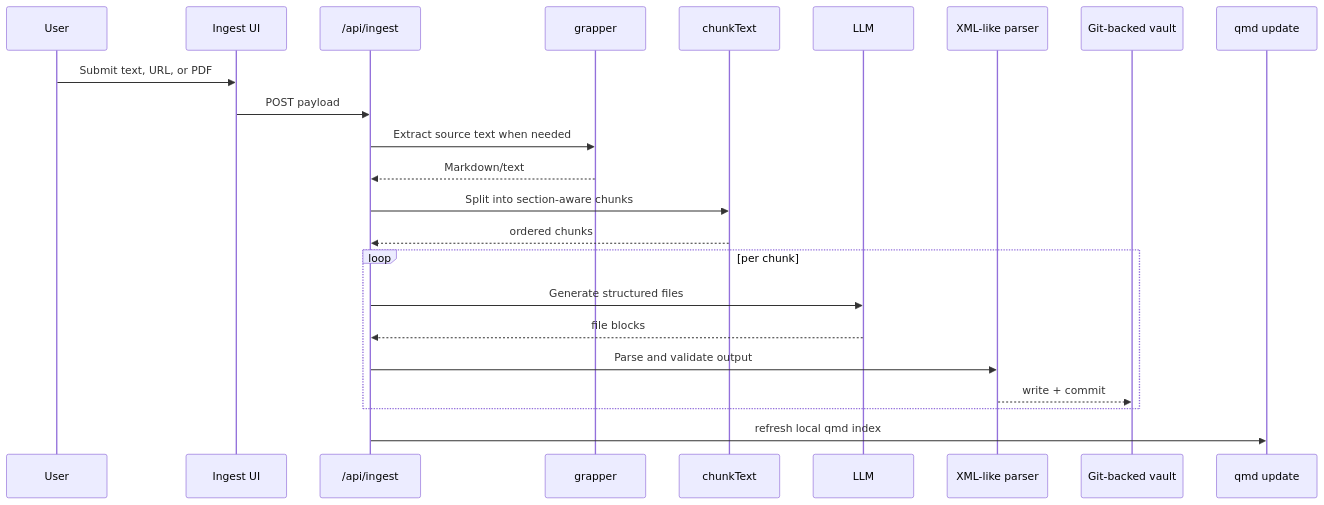
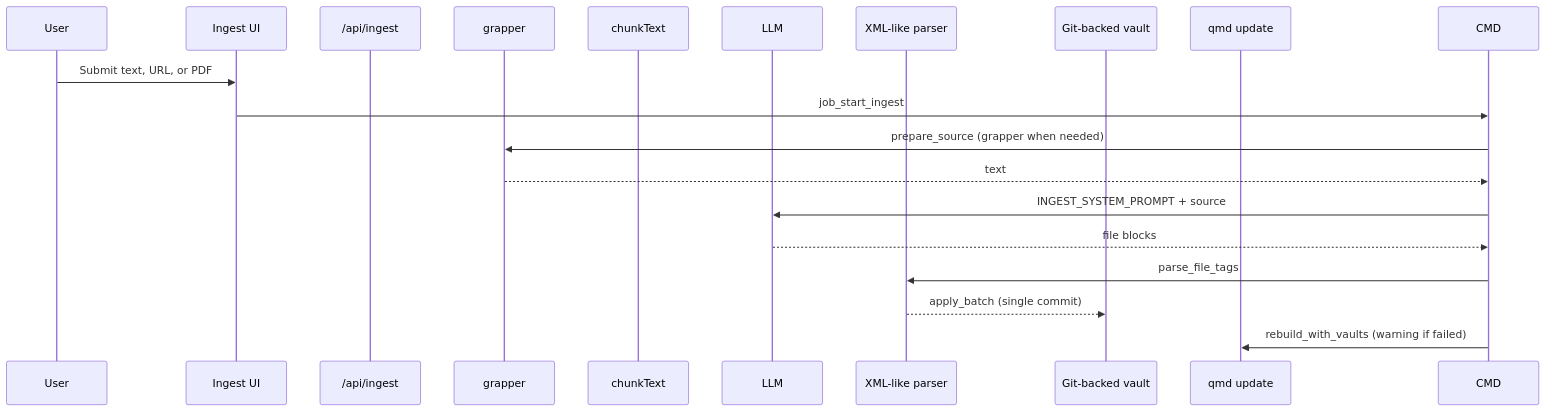
The second of 4 diagrams in docs/Architecture_and_Workflow.md (h01t/braniac), drawn with Mermaid before and after one commit. The commit also changed other lines of this file and 32 other files, not shown here.

````diff
--- a/docs/Architecture_and_Workflow.md
+++ b/docs/Architecture_and_Workflow.md
@@ -37,26 +35,22 @@
 ```mermaid
 sequenceDiagram
     participant User
     participant UI as Ingest UI
     participant API as /api/ingest
     participant Extract as grapper
     participant Chunk as chunkText
     participant Model as LLM
     participant Parse as XML-like parser
     participant Vault as Git-backed vault
     participant Index as qmd update
 
     User->>UI: Submit text, URL, or PDF
-    UI->>API: POST payload
-    API->>Extract: Extract source text when needed
-    Extract-->>API: Markdown/text
-    API->>Chunk: Split into section-aware chunks
-    Chunk-->>API: ordered chunks
-    loop per chunk
-      API->>Model: Generate structured files
-      Model-->>API: file blocks
-      API->>Parse: Parse and validate output
-      Parse-->>Vault: write + commit
-    end
-    API->>Index: refresh local qmd index
+    UI->>CMD: job_start_ingest
+    CMD->>Extract: prepare_source (grapper when needed)
+    Extract-->>CMD: text
+    CMD->>Model: INGEST_SYSTEM_PROMPT + source
+    Model-->>CMD: file blocks
+    CMD->>Parse: parse_file_tags
+    Parse-->>Vault: apply_batch (single commit)
+    CMD->>Index: rebuild_with_vaults (warning if failed)
 ```
````
